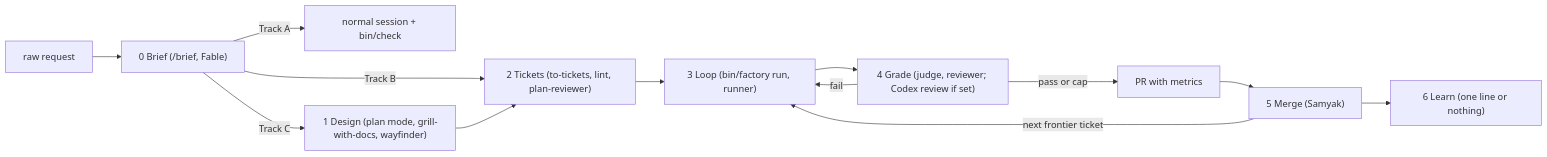
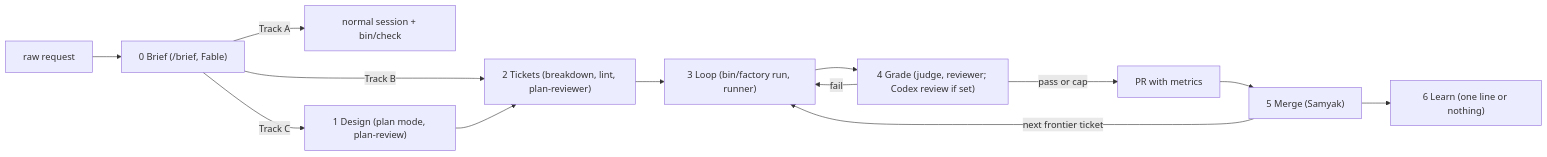
The diagram in docs/factory/ARCHITECTURE.md (SamyakJhaveri/loam), drawn with Mermaid before and after one commit. The commit also changed other lines of this file and 19 other files, not shown here.

````diff
--- a/docs/factory/ARCHITECTURE.md
+++ b/docs/factory/ARCHITECTURE.md
@@ -21,15 +21,15 @@
 ```mermaid
 flowchart LR
   R[raw request] --> B["0 Brief (/brief, Fable)"]
   B -->|Track A| S[normal session + bin/check]
   B -->|Track B| T2
-  B -->|Track C| D["1 Design (plan mode, grill-with-docs, wayfinder)"]
-  D --> T2["2 Tickets (to-tickets, lint, plan-reviewer)"]
+  B -->|Track C| D["1 Design (plan mode, plan-review)"]
+  D --> T2["2 Tickets (breakdown, lint, plan-reviewer)"]
   T2 --> L["3 Loop (bin/factory run, runner)"]
   L --> G["4 Grade (judge, reviewer; Codex review if set)"]
   G -->|fail| L
   G -->|pass or cap| PR[PR with metrics]
   PR --> M["5 Merge (Samyak)"]
   M --> LE["6 Learn (one line or nothing)"]
   M -->|next frontier ticket| L
 ```
````
